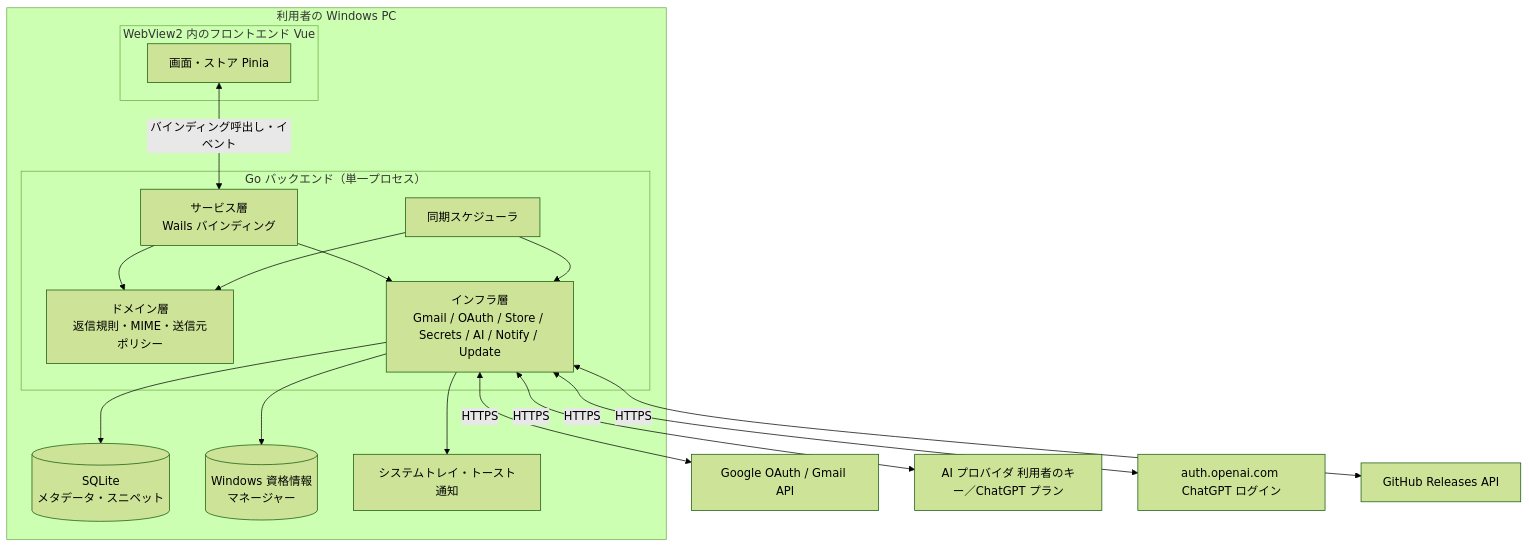
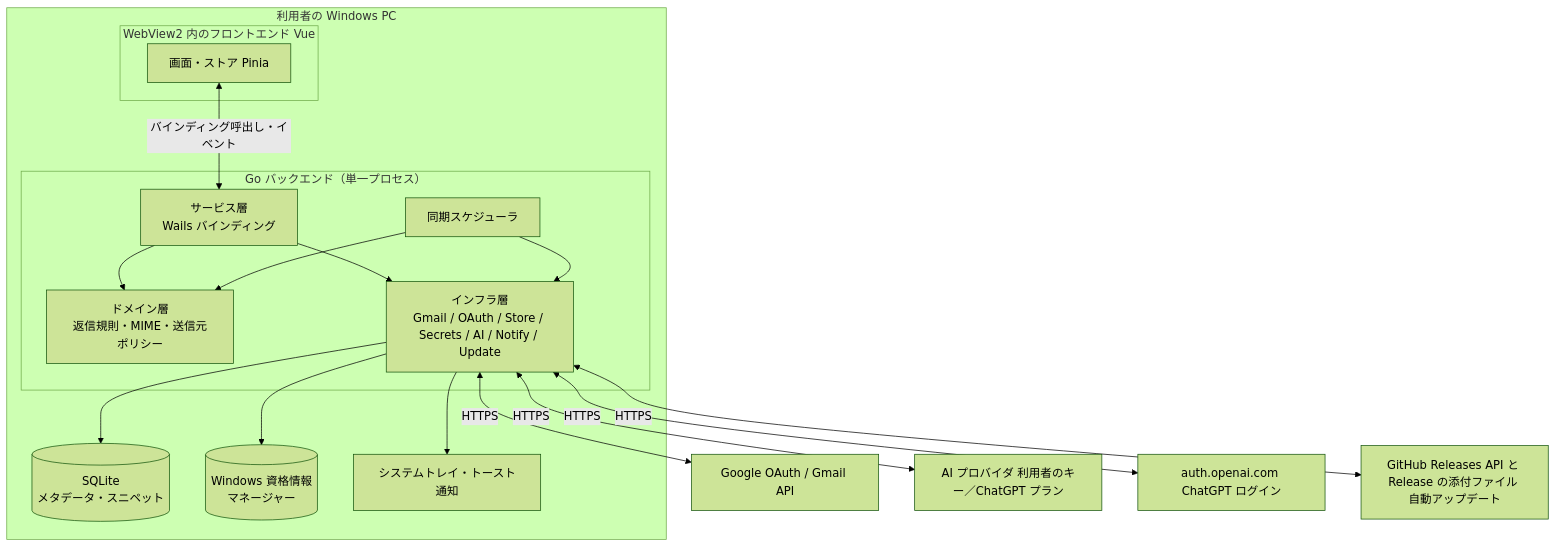
The first of 6 diagrams in docs/architecture/overview.md (ousiassllc/hitomado), drawn with Mermaid (forest theme) before and after one commit. The commit also changed other lines of this file and 54 other files, not shown here.

````diff
--- a/docs/architecture/overview.md
+++ b/docs/architecture/overview.md
@@ -41,29 +41,29 @@
 ```mermaid
 graph TD
   subgraph PC[利用者の Windows PC]
     subgraph FE[WebView2 内のフロントエンド Vue]
       V[画面・ストア Pinia]
     end
     subgraph BE[Go バックエンド（単一プロセス）]
       SV[サービス層<br/>Wails バインディング]
       DM[ドメイン層<br/>返信規則・MIME・送信元ポリシー]
       SY[同期スケジューラ]
       INF[インフラ層<br/>Gmail / OAuth / Store / Secrets / AI / Notify / Update]
     end
     DB[(SQLite<br/>メタデータ・スニペット)]
     KS[(Windows 資格情報<br/>マネージャー)]
     TR[システムトレイ・トースト通知]
   end
   V <-->|バインディング呼出し・イベント| SV
   SV --> DM
   SV --> INF
   SY --> INF
   SY --> DM
   INF --> DB
   INF --> KS
   INF --> TR
   INF <-->|HTTPS| GG[Google OAuth / Gmail API]
   INF <-->|HTTPS| AI[AI プロバイダ 利用者のキー／ChatGPT プラン]
   INF <-->|HTTPS| OA[auth.openai.com ChatGPT ログイン]
-  INF <-->|HTTPS| GH[GitHub Releases API]
+  INF <-->|HTTPS| GH[GitHub Releases API と Release の添付ファイル 自動アップデート]
 ```
````
